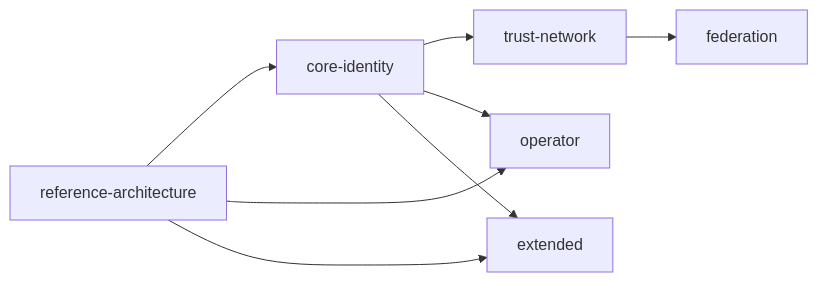
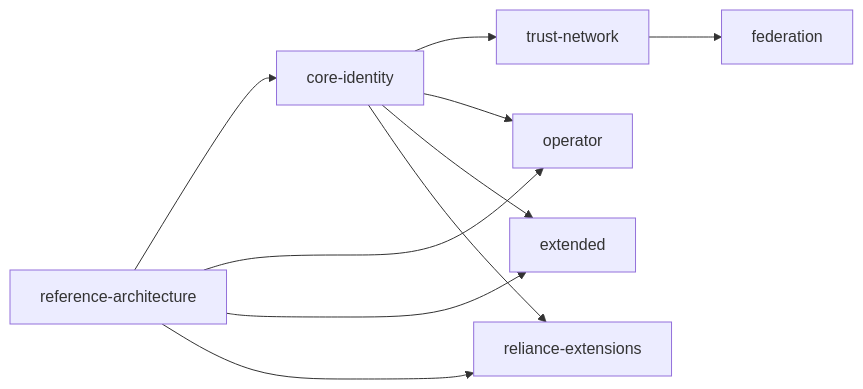
Before and after one commit to odtis/core-spec: the diagram in spec/profiles/reference-architecture-profile.md, drawn with Mermaid. The commit also changed other lines of this file and 38 other files, not shown here.

First line of the commit message:
Align diagrams and docs with Reliance Extensions and current metrics.

````diff
--- a/spec/profiles/reference-architecture-profile.md
+++ b/spec/profiles/reference-architecture-profile.md
@@ -36,16 +36,19 @@
 ```mermaid
 flowchart LR
  RA[reference-architecture]
  CI[core-identity]
  TN[trust-network]
  FED[federation]
  OP[operator]
  EXT[extended]
+ REL[reliance-extensions]
 
  RA --> CI
  CI --> TN --> FED
  RA --> OP
  CI --> OP
  RA --> EXT
  CI --> EXT
+ RA --> REL
+ CI --> REL
 ```
````
